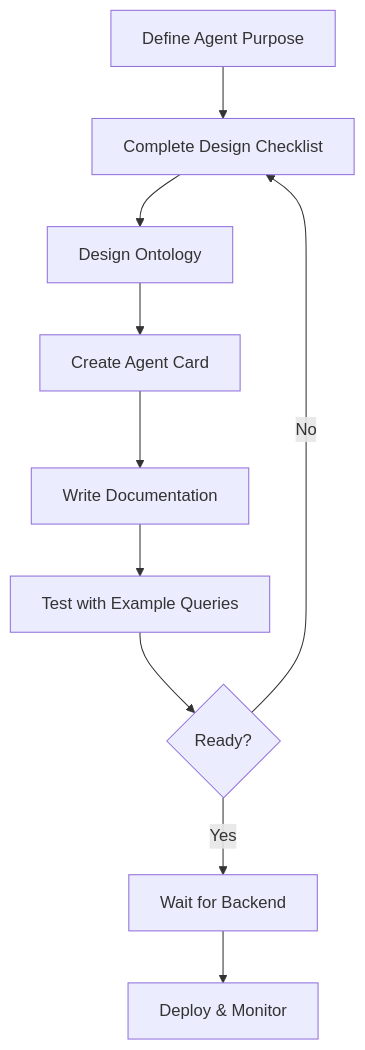
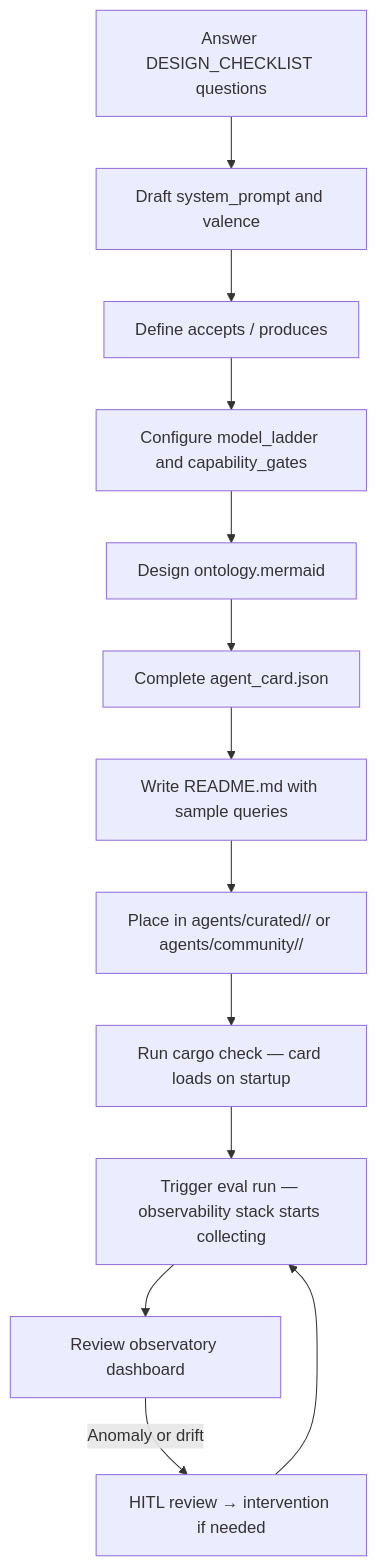
The diagram in agents/templates/README.md (Replicant-Partners/fermi), drawn with Mermaid before and after one commit. The commit also changed other lines of this file and 73 other files, not shown here.

````diff
--- a/agents/templates/README.md
+++ b/agents/templates/README.md
@@ -84,12 +150,15 @@
 ```mermaid
 graph TD
-    A[Define Agent Purpose] --> B[Complete Design Checklist]
-    B --> C[Design Ontology]
-    C --> D[Create Agent Card]
-    D --> E[Write Documentation]
-    E --> F[Test with Example Queries]
-    F --> G{Ready?}
-    G -->|No| B
-    G -->|Yes| H[Wait for Backend]
-    H --> I[Deploy & Monitor]
+    A[Answer DESIGN_CHECKLIST questions] --> B[Draft system_prompt and valence]
+    B --> C[Define accepts / produces]
+    C --> D[Configure model_ladder and capability_gates]
+    D --> E[Design ontology.mermaid]
+    E --> F[Complete agent_card.json]
+    F --> G[Write README.md with sample queries]
+    G --> H[Place in agents/curated/<name>/ or agents/community/<name>/]
+    H --> I[Run cargo check — card loads on startup]
+    I --> J[Trigger eval run — observability stack starts collecting]
+    J --> K[Review observatory dashboard]
+    K -->|Anomaly or drift| L[HITL review → intervention if needed]
+    L --> J
 ```
````
